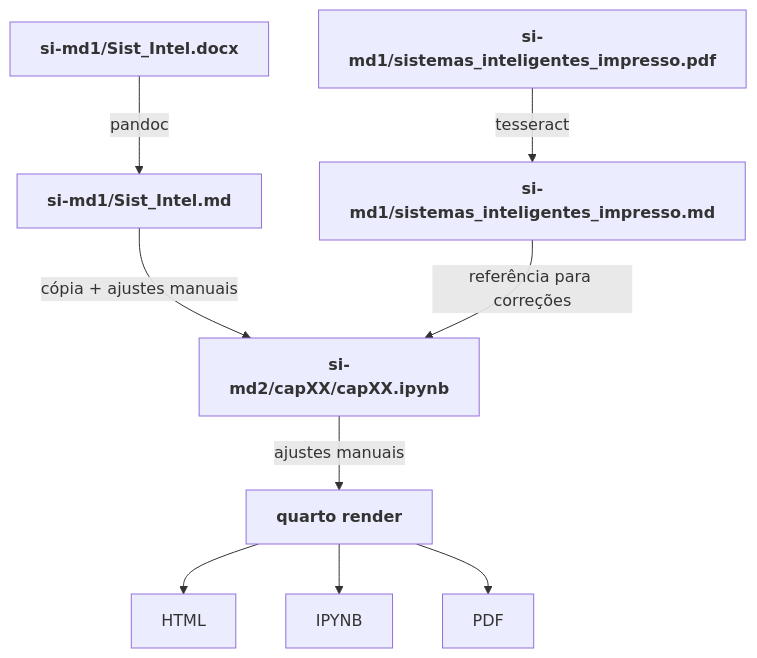
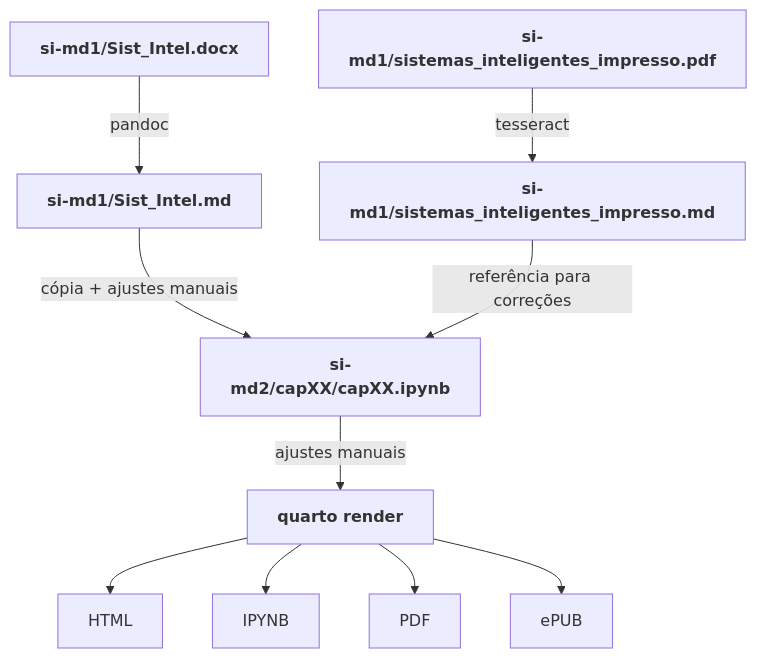
Before and after one commit to fzampirolli/si-md2: the diagram in si-md2/index.qmd, drawn with Mermaid. The commit also changed other lines of this file and 15 other files, not shown here.

````diff
--- a/si-md2/index.qmd
+++ b/si-md2/index.qmd
@@ -33,15 +32,16 @@
 ```{mermaid}
 flowchart TD
 
     A["`**si-md1/Sist_Intel.docx**`"] -->|pandoc| B["`**si-md1/Sist_Intel.md**`"]
     C["`**si-md1/sistemas_inteligentes_impresso.pdf**`"] -->|tesseract| D["`**si-md1/sistemas_inteligentes_impresso.md**`"]
 
     B -->|"cópia + ajustes manuais"| E["`**si-md2/capXX/capXX.ipynb**`"]
     D -->|"referência para correções"| E
 
     E -->|"ajustes manuais"| F["`**quarto render**`"]
 
     F --> G[HTML]
     F --> H[IPYNB]
     F --> I[PDF]
+    F --> J[ePUB]
 ```
````
